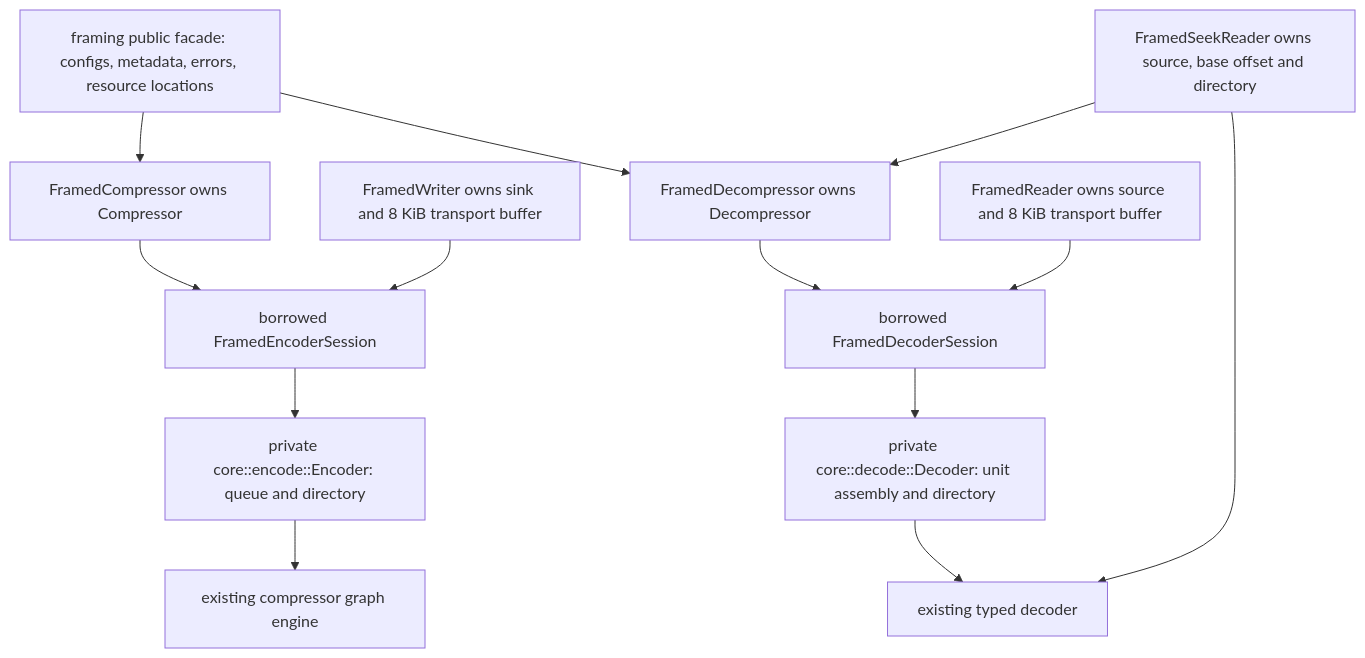
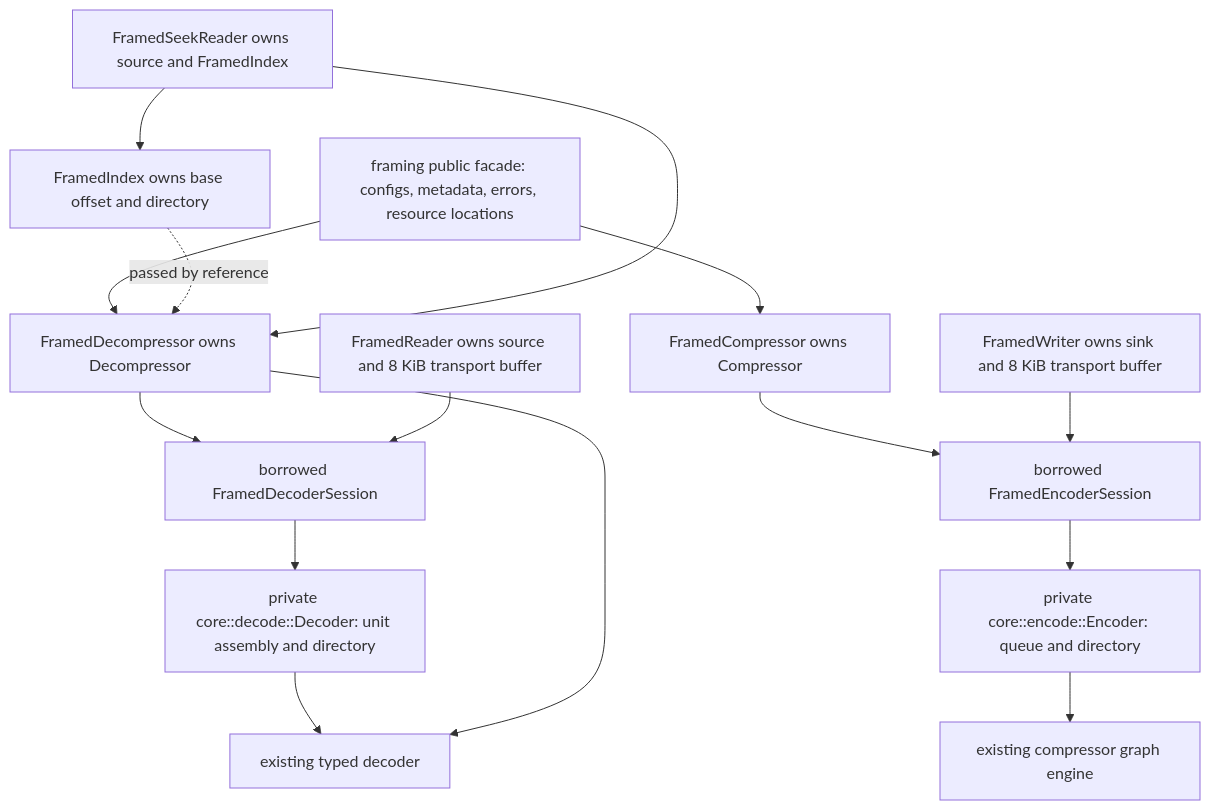
One commit to M-Compressors/mopenzl changed the first of 6 diagrams in architecture/framing.md. Above: the diagram before and after it, drawn with Mermaid. The commit also changed other lines of this file and 16 other files, not shown here.

Commit message:
Impl `framing::FramedIndex`, `FramedDecompressor::framed_index` and `FramedDecompressor::read_indexed_resource`

````diff
--- a/architecture/framing.md
+++ b/architecture/framing.md
@@ -12,16 +12,18 @@
 ```mermaid
 graph TD
     API[framing public facade: configs, metadata, errors, resource locations]
     API --> E[FramedCompressor owns Compressor]
     API --> D[FramedDecompressor owns Decompressor]
     E --> ES[borrowed FramedEncoderSession]
     ES --> EC[private core::encode::Encoder: queue and directory]
     D --> DS[borrowed FramedDecoderSession]
     DS --> DC[private core::decode::Decoder: unit assembly and directory]
     W[FramedWriter owns sink and 8 KiB transport buffer] --> ES
     R[FramedReader owns source and 8 KiB transport buffer] --> DS
-    S[FramedSeekReader owns source, base offset and directory] --> D
+    I[FramedIndex owns base offset and directory] -.passed by reference.-> D
+    S[FramedSeekReader owns source and FramedIndex] --> D
+    S --> I
     EC --> RawE[existing compressor graph engine]
     DC --> RawD[existing typed decoder]
-    S --> RawD
+    D --> RawD
 ```
````
